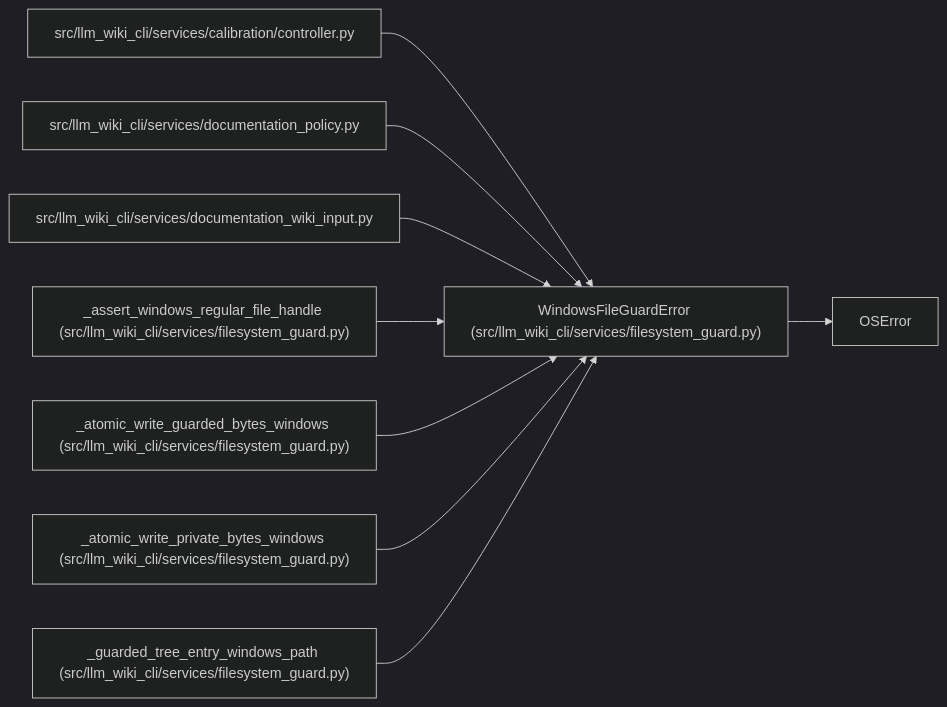
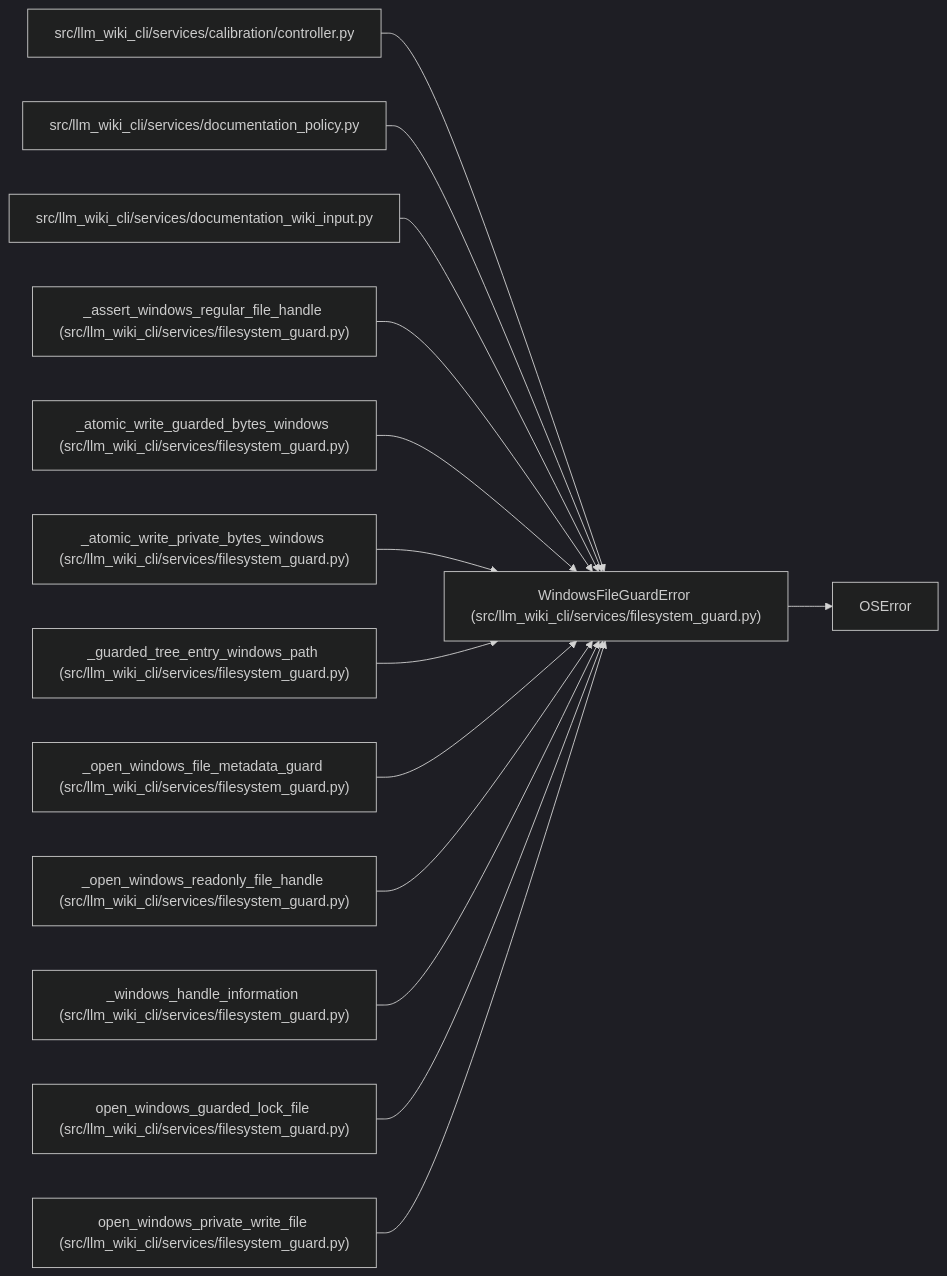
One commit to Denissvgn/python-wiki-llm changed the diagram in docs/llm_wiki/entities/WindowsFileGuardError.md. Above: the diagram before and after it, drawn with Mermaid (dark theme). The commit also changed other lines of this file and 493 other files, not shown here.

````diff
--- a/docs/llm_wiki/entities/WindowsFileGuardError.md
+++ b/docs/llm_wiki/entities/WindowsFileGuardError.md
@@ -23,28 +23,43 @@
 ```mermaid
 flowchart LR
     n0["WindowsFileGuardError (src/llm_wiki_cli/services/filesystem_guard.py)"]
     n1["OSError"]
     n2["src/llm_wiki_cli/services/calibration/controller.py"]
     n3["src/llm_wiki_cli/services/documentation_policy.py"]
     n4["src/llm_wiki_cli/services/documentation_wiki_input.py"]
     n5["_assert_windows_regular_file_handle (src/llm_wiki_cli/services/filesystem_guard.py)"]
     n6["_atomic_write_guarded_bytes_windows (src/llm_wiki_cli/services/filesystem_guard.py)"]
     n7["_atomic_write_private_bytes_windows (src/llm_wiki_cli/services/filesystem_guard.py)"]
     n8["_guarded_tree_entry_windows_path (src/llm_wiki_cli/services/filesystem_guard.py)"]
+    n9["_open_windows_file_metadata_guard (src/llm_wiki_cli/services/filesystem_guard.py)"]
+    n10["_open_windows_readonly_file_handle (src/llm_wiki_cli/services/filesystem_guard.py)"]
+    n11["_windows_handle_information (src/llm_wiki_cli/services/filesystem_guard.py)"]
+    n12["open_windows_guarded_lock_file (src/llm_wiki_cli/services/filesystem_guard.py)"]
+    n13["open_windows_private_write_file (src/llm_wiki_cli/services/filesystem_guard.py)"]
     n0 --> n1
     n2 --> n0
     n3 --> n0
     n4 --> n0
     n5 --> n0
     n6 --> n0
     n7 --> n0
     n8 --> n0
+    n9 --> n0
+    n10 --> n0
+    n11 --> n0
+    n12 --> n0
+    n13 --> n0
     click n0 "../modules/filesystem_guard.md"
     click n2 "../modules/controller.md"
     click n3 "../modules/documentation_policy.md"
     click n4 "../modules/documentation_wiki_input.md"
     click n5 "../modules/filesystem_guard.md"
     click n6 "../modules/filesystem_guard.md"
     click n7 "../modules/filesystem_guard.md"
     click n8 "../modules/filesystem_guard.md"
+    click n9 "../modules/filesystem_guard.md"
+    click n10 "../modules/filesystem_guard.md"
+    click n11 "../modules/filesystem_guard.md"
+    click n12 "../modules/filesystem_guard.md"
+    click n13 "../modules/filesystem_guard.md"
 ```
````
